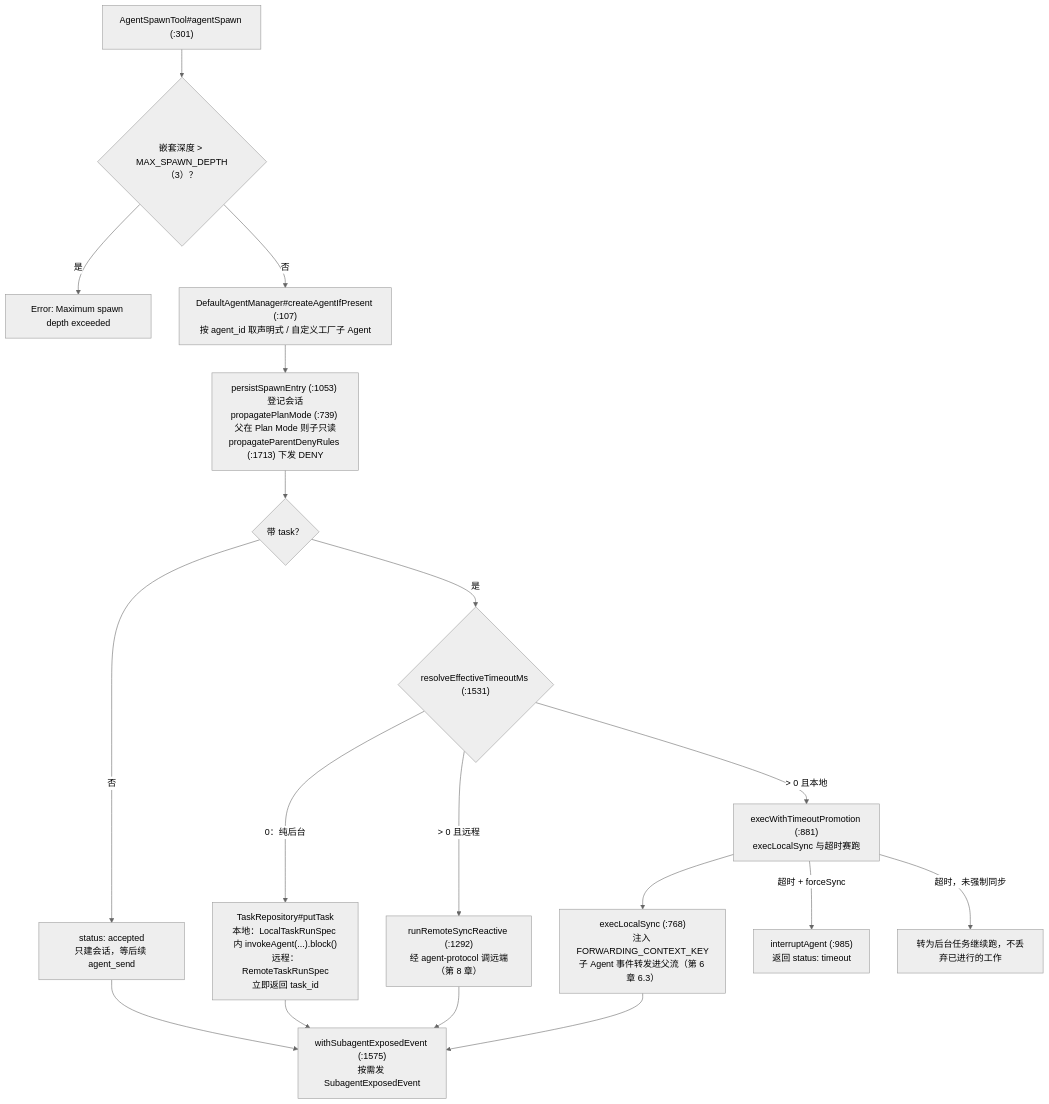
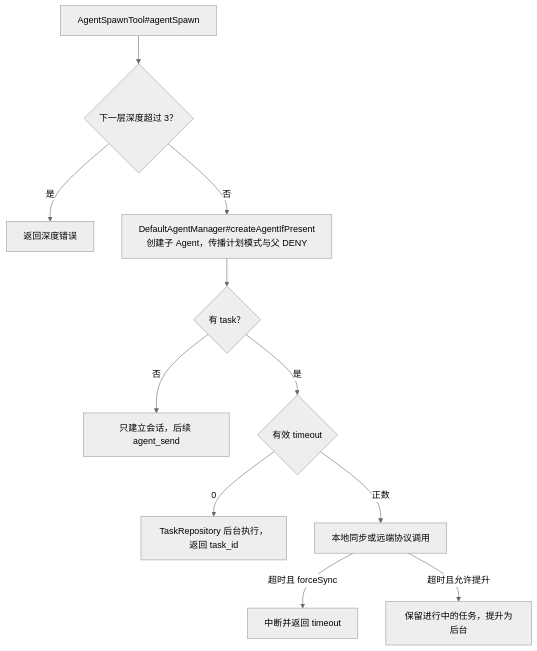
The third of 4 diagrams in 07-Harness工程化外壳.md (liulangjietou/AgentScope-source-analysis), drawn with Mermaid (neutral theme) before and after one commit. The commit also changed other lines of this file and 13 other files, not shown here.

Commit message:
docs: align source guide and diagrams with main dcb131a3

````diff
--- a/07-Harness工程化外壳.md
+++ b/07-Harness工程化外壳.md
@@ -99,20 +82,13 @@
 ```mermaid
 flowchart TB
-    SP["AgentSpawnTool#agentSpawn (:301)"] --> DEP{"嵌套深度 > MAX_SPAWN_DEPTH（3）？"}
-    DEP -->|"是"| E1["Error: Maximum spawn depth exceeded"]
-    DEP -->|"否"| CR["DefaultAgentManager#createAgentIfPresent (:107)<br/>按 agent_id 取声明式 / 自定义工厂子 Agent"]
-    CR --> PREP["persistSpawnEntry (:1053) 登记会话<br/>propagatePlanMode (:739) 父在 Plan Mode 则子只读<br/>propagateParentDenyRules (:1713) 下发 DENY"]
-    PREP --> TASK{"带 task？"}
-    TASK -->|"否"| ACC["status: accepted<br/>只建会话，等后续 agent_send"]
-    TASK -->|"是"| TO{"resolveEffectiveTimeoutMs (:1531)"}
-    TO -->|"0：纯后台"| BG["TaskRepository#putTask<br/>本地：LocalTaskRunSpec 内 invokeAgent(...).block()<br/>远程：RemoteTaskRunSpec<br/>立即返回 task_id"]
-    TO -->|"> 0 且远程"| RS["runRemoteSyncReactive (:1292)<br/>经 agent-protocol 调远端（第 8 章）"]
-    TO -->|"> 0 且本地"| TP["execWithTimeoutPromotion (:881)<br/>execLocalSync 与超时赛跑"]
-    TP --> LS["execLocalSync (:768)<br/>注入 FORWARDING_CONTEXT_KEY<br/>子 Agent 事件转发进父流（第 6 章 6.3）"]
-    TP -->|"超时 + forceSync"| INT["interruptAgent (:985)<br/>返回 status: timeout"]
-    TP -->|"超时，未强制同步"| PRO["转为后台任务继续跑，不丢弃已进行的工作"]
-    ACC --> EXP["withSubagentExposedEvent (:1575)<br/>按需发 SubagentExposedEvent"]
-    BG --> EXP
-    RS --> EXP
-    LS --> EXP
+    SP["AgentSpawnTool#agentSpawn"] --> DEP{"下一层深度超过 3？"}
+    DEP -->|"是"| ERR["返回深度错误"]
+    DEP -->|"否"| CREATE["DefaultAgentManager#createAgentIfPresent<br/>创建子 Agent，传播计划模式与父 DENY"]
+    CREATE --> TASK{"有 task？"}
+    TASK -->|"否"| ACCEPT["只建立会话，后续 agent_send"]
+    TASK -->|"是"| TIME{"有效 timeout"}
+    TIME -->|"0"| BG["TaskRepository 后台执行，返回 task_id"]
+    TIME -->|"正数"| SYNC["本地同步或远端协议调用"]
+    SYNC -->|"超时且 forceSync"| STOP["中断并返回 timeout"]
+    SYNC -->|"超时且允许提升"| PROMOTE["保留进行中的任务，提升为后台"]
 ```
````
